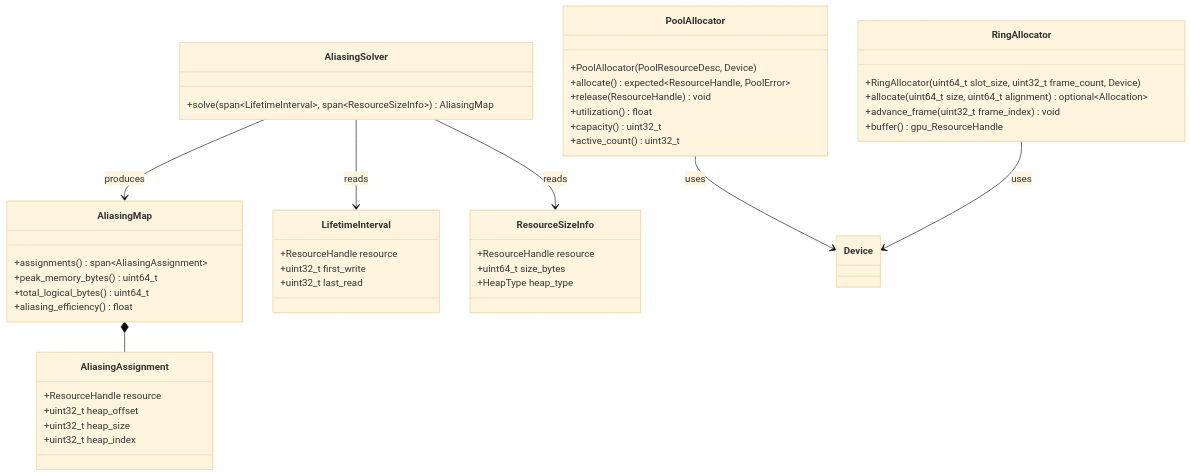
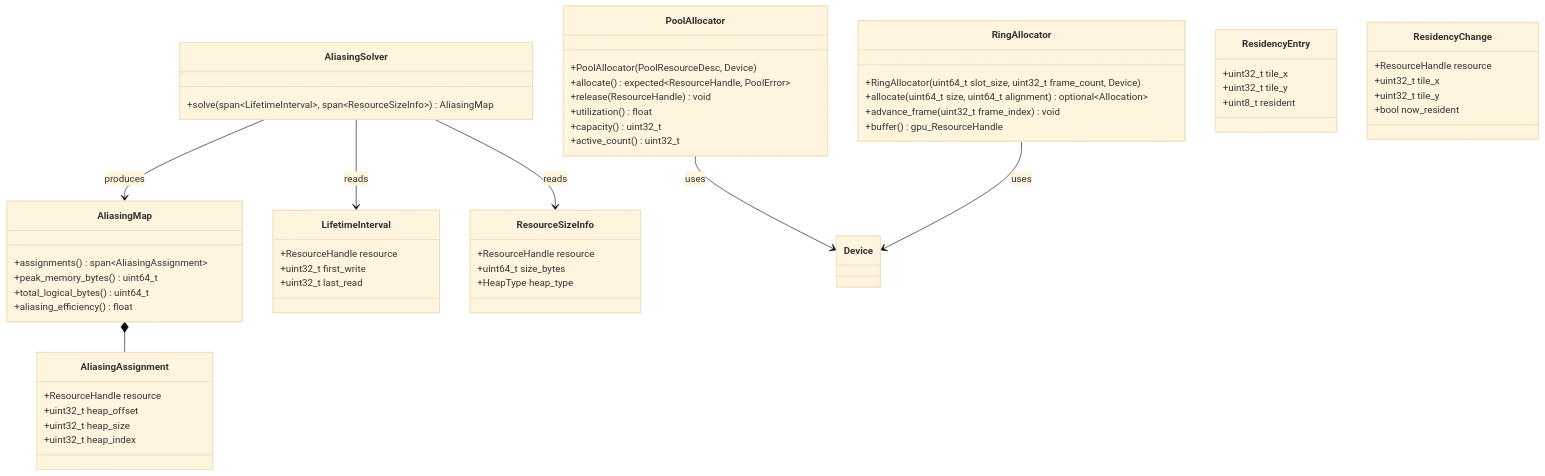
One commit to harmonius-dev/harmonius changed the fourth of 15 diagrams in docs/design/render-graph-classes.md. Above: the diagram before and after it, drawn with Mermaid (base theme). The commit also changed other lines of this file and 26 other files, not shown here.

Commit message:
Add class diagrams and update CMake config

````diff
--- a/docs/design/render-graph-classes.md
+++ b/docs/design/render-graph-classes.md
@@ -272,49 +404,60 @@
 ```mermaid
 classDiagram
     class AliasingSolver {
         +solve(span~LifetimeInterval~, span~ResourceSizeInfo~) AliasingMap
     }
     class AliasingMap {
         +assignments() span~AliasingAssignment~
         +peak_memory_bytes() uint64_t
         +total_logical_bytes() uint64_t
         +aliasing_efficiency() float
     }
     class PoolAllocator {
         +PoolAllocator(PoolResourceDesc, Device)
         +allocate() expected~ResourceHandle, PoolError~
         +release(ResourceHandle) void
         +utilization() float
         +capacity() uint32_t
         +active_count() uint32_t
     }
     class RingAllocator {
         +RingAllocator(uint64_t slot_size, uint32_t frame_count, Device)
         +allocate(uint64_t size, uint64_t alignment) optional~Allocation~
         +advance_frame(uint32_t frame_index) void
         +buffer() gpu_ResourceHandle
     }
     class LifetimeInterval {
         +ResourceHandle resource
         +uint32_t first_write
         +uint32_t last_read
     }
     class AliasingAssignment {
         +ResourceHandle resource
         +uint32_t heap_offset
         +uint32_t heap_size
         +uint32_t heap_index
     }
     class ResourceSizeInfo {
         +ResourceHandle resource
         +uint64_t size_bytes
         +HeapType heap_type
     }
+    class ResidencyEntry {
+        +uint32_t tile_x
+        +uint32_t tile_y
+        +uint8_t resident
+    }
+    class ResidencyChange {
+        +ResourceHandle resource
+        +uint32_t tile_x
+        +uint32_t tile_y
+        +bool now_resident
+    }
 
     AliasingSolver --> AliasingMap : produces
     AliasingSolver --> LifetimeInterval : reads
     AliasingSolver --> ResourceSizeInfo : reads
     AliasingMap *-- AliasingAssignment
     PoolAllocator --> Device : uses
     RingAllocator --> Device : uses
 ```
````
